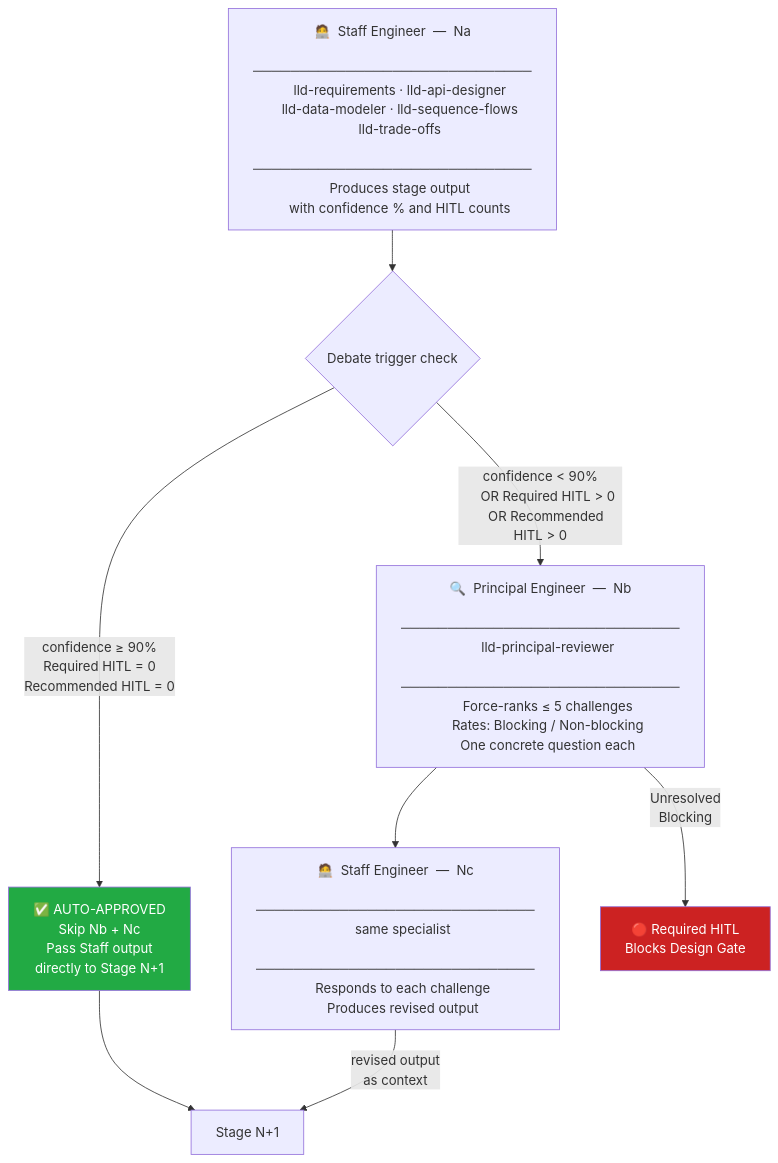
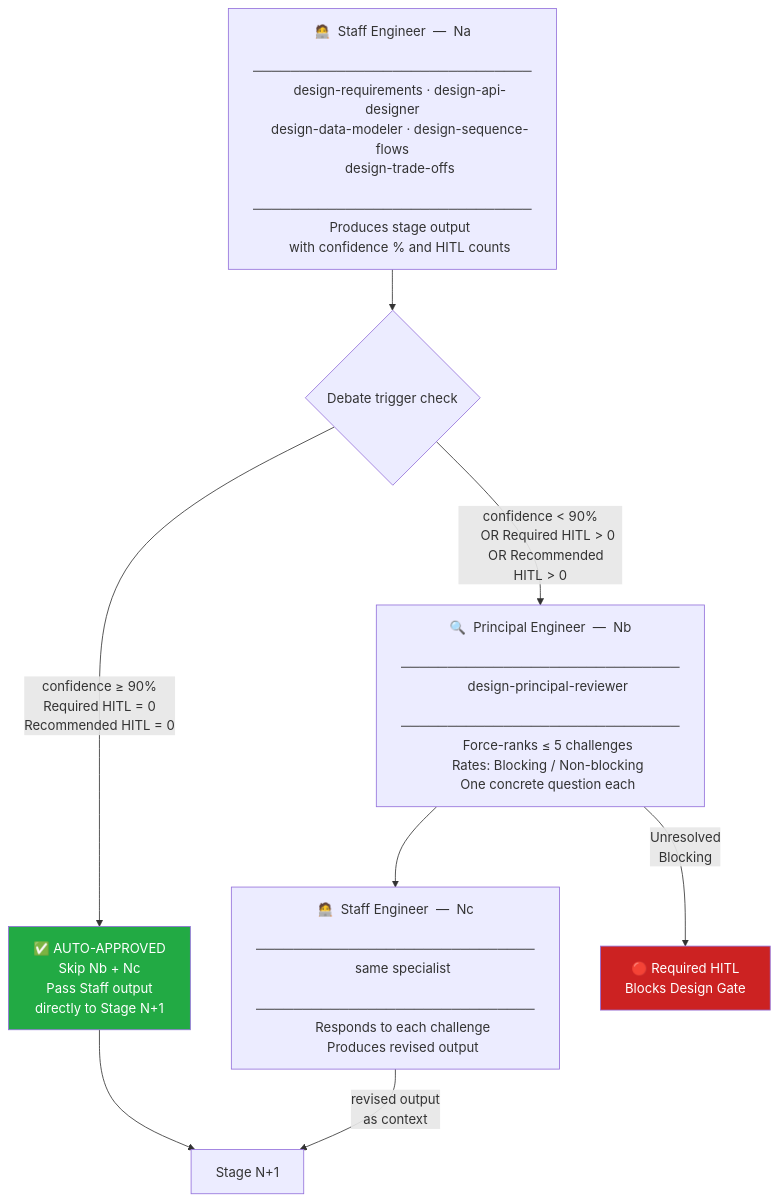
The second of 4 diagrams in .cursor/PIPELINE-DIAGRAM.md (amit894/agentic-backend-design), drawn with Mermaid before and after one commit. The commit also changed other lines of this file and 29 other files, not shown here.

First line of the commit message:
Rename backend-lld-kit to backend-design: complete refactor of agents and workflows

````diff
--- a/.cursor/PIPELINE-DIAGRAM.md
+++ b/.cursor/PIPELINE-DIAGRAM.md
@@ -75,48 +75,48 @@
 ```mermaid
 flowchart TD
     A["🧑‍💻  Staff Engineer  —  Na
     ──────────────────────────────
-    lld-requirements · lld-api-designer
-    lld-data-modeler · lld-sequence-flows
-    lld-trade-offs
+    design-requirements · design-api-designer
+    design-data-modeler · design-sequence-flows
+    design-trade-offs
     ──────────────────────────────
     Produces stage output
     with confidence % and HITL counts"]
 
     A --> GATE{"Debate trigger check"}
 
     GATE -->|"confidence ≥ 90%
     Required HITL = 0
     Recommended HITL = 0"| AUTO["✅  AUTO-APPROVED
     Skip Nb + Nc
     Pass Staff output
     directly to Stage N+1"]
 
     GATE -->|"confidence < 90%
     OR Required HITL > 0
     OR Recommended HITL > 0"| B
 
     B["🔍  Principal Engineer  —  Nb
     ──────────────────────────────
-    lld-principal-reviewer
+    design-principal-reviewer
     ──────────────────────────────
     Force-ranks ≤ 5 challenges
     Rates: Blocking / Non-blocking
     One concrete question each"]
 
     B --> C["🧑‍💻  Staff Engineer  —  Nc
     ──────────────────────────────
     same specialist
     ──────────────────────────────
     Responds to each challenge
     Produces revised output"]
 
     B -->|"Unresolved\nBlocking"| H["🔴  Required HITL
     Blocks Design Gate"]
 
     C -->|"revised output\nas context"| NEXT["Stage N+1"]
     AUTO --> NEXT
 
     style AUTO fill:#22aa44,color:#fff
     style H fill:#cc2222,color:#fff
 ```
````
